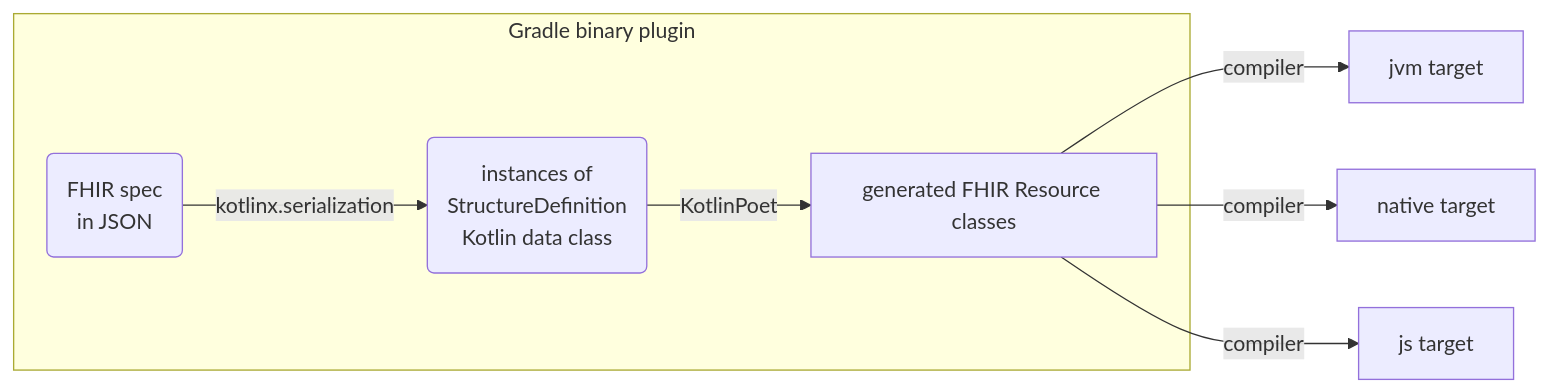
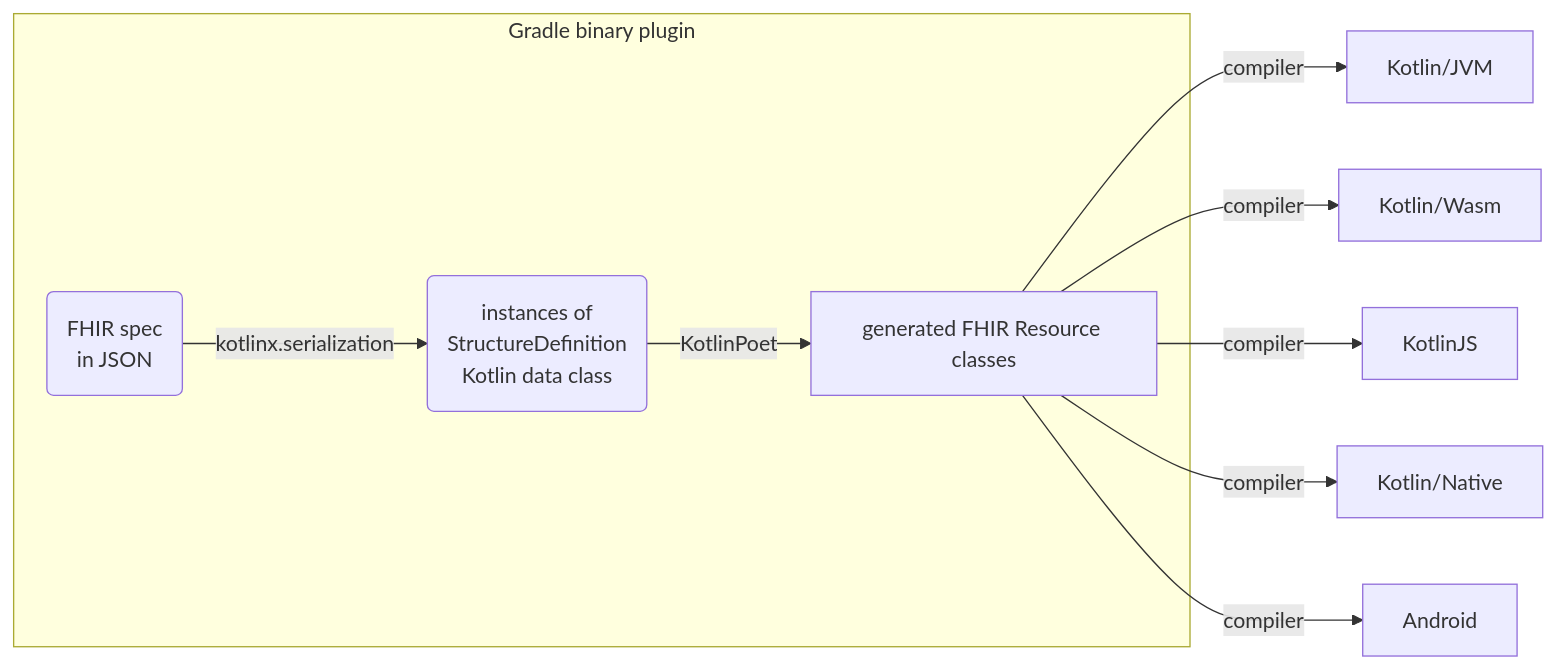
One commit to google/kotlin-fhir changed the second of 2 diagrams in README.md. Above: the diagram before and after it, drawn with Mermaid. The commit also changed other lines of this file and 7 other files, not shown here.

````diff
--- a/README.md
+++ b/README.md
@@ -348,10 +365,12 @@
 ```mermaid
 graph LR
     subgraph Gradle binary plugin
         A(FHIR spec<br>in JSON) -- kotlinx.serialization --> B(instances of<br>StructureDefinition<br>Kotlin data class<br>)
         B -- KotlinPoet --> C[generated FHIR Resource classes]
     end
-    C -- compiler --> D[jvm target]
-    C -- compiler --> E[native target]
-    C -- compiler --> F[js target]
+    C -- compiler --> D[Kotlin/JVM]
+    C -- compiler --> E[Kotlin/Wasm]
+    C -- compiler --> F[KotlinJS]
+    C -- compiler --> G[Kotlin/Native]
+    C -- compiler --> H[Android]
 ```
````
